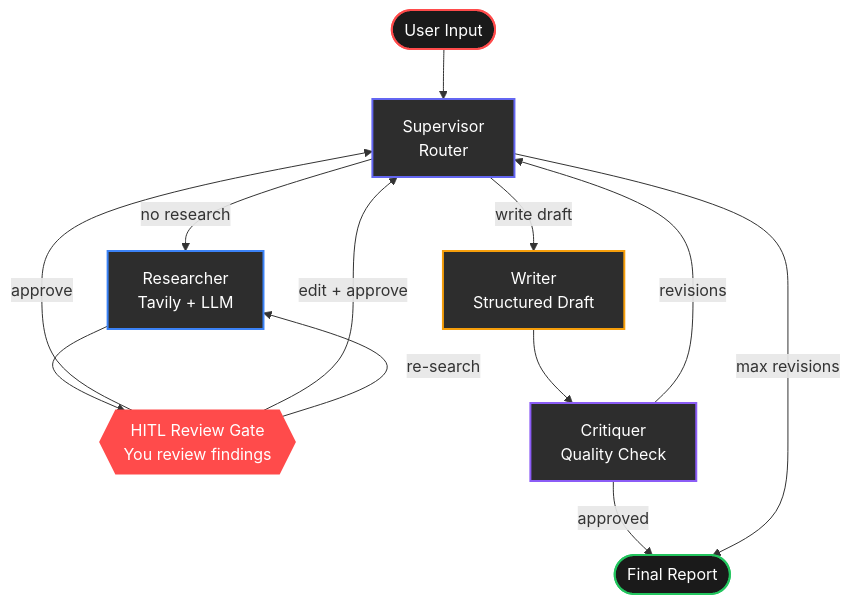
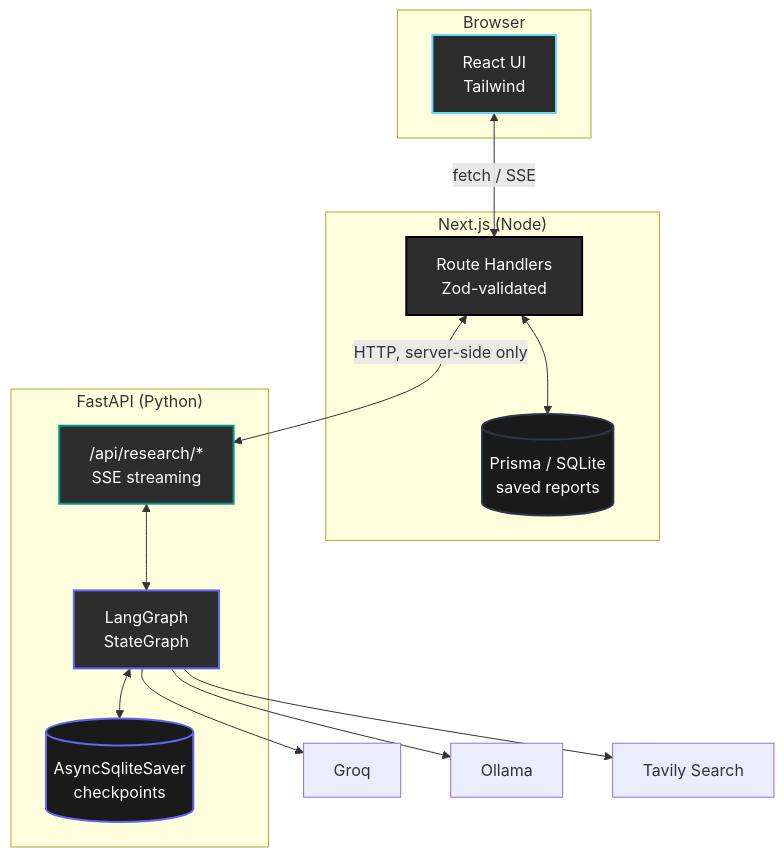
Before and after one commit to virtualvasu/polyagentic-research-assistant: the first of 2 diagrams in README.md, drawn with Mermaid. The commit also changed other lines of this file and 16 other files, not shown here.

````diff
--- a/README.md
+++ b/README.md
@@ -48,35 +52,33 @@
 ```mermaid
-flowchart TD
-    START(["User Input"]) --> SV
-    SV["Supervisor\nRouter"]
+flowchart TB
+    subgraph Browser
+        UI["React UI\nTailwind"]
+    end
 
-    SV -->|no research| RS
-    RS["Researcher\nTavily + LLM"]
+    subgraph "Next.js (Node)"
+        RH["Route Handlers\nZod-validated"]
+        PR[("Prisma / SQLite\nsaved reports")]
+    end
 
-    RS --> HR
-    HR{{"HITL Review Gate\nYou review findings"}}
+    subgraph "FastAPI (Python)"
+        API["/api/research/*\nSSE streaming"]
+        GRAPH["LangGraph\nStateGraph"]
+        CKPT[("AsyncSqliteSaver\ncheckpoints")]
+    end
 
-    HR -->|approve| SV
-    HR -->|edit + approve| SV
-    HR -->|re-search| RS
+    UI <-->|"fetch / SSE"| RH
+    RH <--> PR
+    RH <-->|"HTTP, server-side only"| API
+    API <--> GRAPH
+    GRAPH <--> CKPT
+    GRAPH --> Groq["Groq"]
+    GRAPH --> Ollama["Ollama"]
+    GRAPH --> Tavily["Tavily Search"]
 
-    SV -->|write draft| WR
-    WR["Writer\nStructured Draft"]
-
-    WR --> CR
-    CR["Critiquer\nQuality Check"]
-
-    CR -->|approved| END
-    CR -->|revisions| SV
-    SV -->|max revisions| END
-
-    END(["Final Report"])
-
-    style START fill:#1a1a1a,color:#fff,stroke:#ff4b4b,stroke-width:2px
-    style END   fill:#1a1a1a,color:#fff,stroke:#22c55e,stroke-width:2px
-    style HR    fill:#ff4b4b,color:#fff,stroke:#ff4b4b,stroke-width:2px
-    style SV    fill:#2d2d2d,color:#fff,stroke:#6366f1,stroke-width:2px
-    style RS    fill:#2d2d2d,color:#fff,stroke:#3b82f6,stroke-width:2px
-    style WR    fill:#2d2d2d,color:#fff,stroke:#f59e0b,stroke-width:2px
-    style CR    fill:#2d2d2d,color:#fff,stroke:#8b5cf6,stroke-width:2px
+    style UI fill:#2d2d2d,color:#fff,stroke:#61dafb,stroke-width:2px
+    style RH fill:#2d2d2d,color:#fff,stroke:#000,stroke-width:2px
+    style PR fill:#1a1a1a,color:#fff,stroke:#2D3748,stroke-width:2px
+    style API fill:#2d2d2d,color:#fff,stroke:#009688,stroke-width:2px
+    style GRAPH fill:#2d2d2d,color:#fff,stroke:#6366f1,stroke-width:2px
+    style CKPT fill:#1a1a1a,color:#fff,stroke:#6366f1,stroke-width:2px
 ```
````
